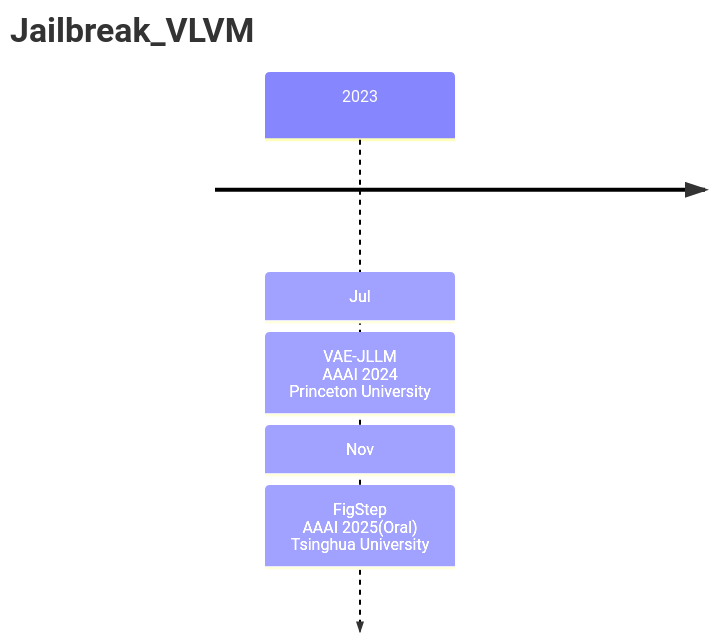
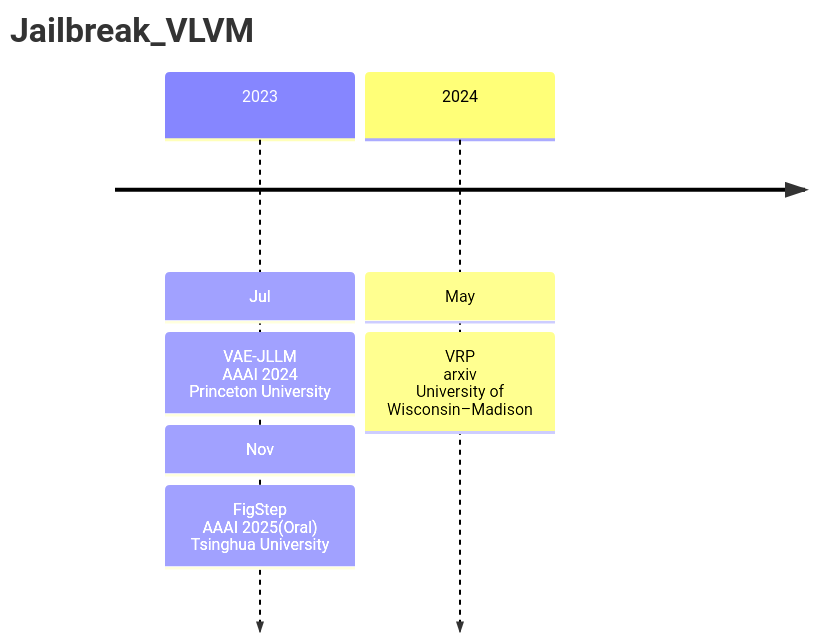
Before and after one commit to Elephant-King9/Paper: the first of 5 diagrams in Attack/Jailbreak/VLVM/analyse.md, drawn with Mermaid. The commit also changed other lines of this file and 7 other files, not shown here.

````diff
--- a/Attack/Jailbreak/VLVM/analyse.md
+++ b/Attack/Jailbreak/VLVM/analyse.md
@@ -5,10 +5,11 @@
 ```mermaid
 timeline
     title Jailbreak_VLVM
     	2023 : Jul
     			 : VAE-JLLM<br>AAAI 2024<br>Princeton University
     			 : Nov
     			 : FigStep<br>AAAI 2025(Oral)<br>Tsinghua University
-    			 
+    	2024 : May
+    			 : VRP<br>arxiv<br>University of Wisconsin–Madison
     
 ```
````
